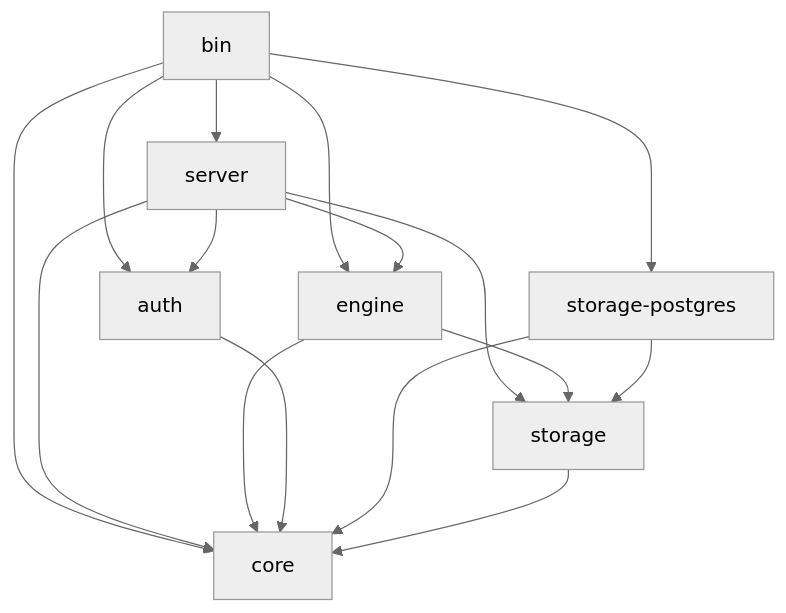
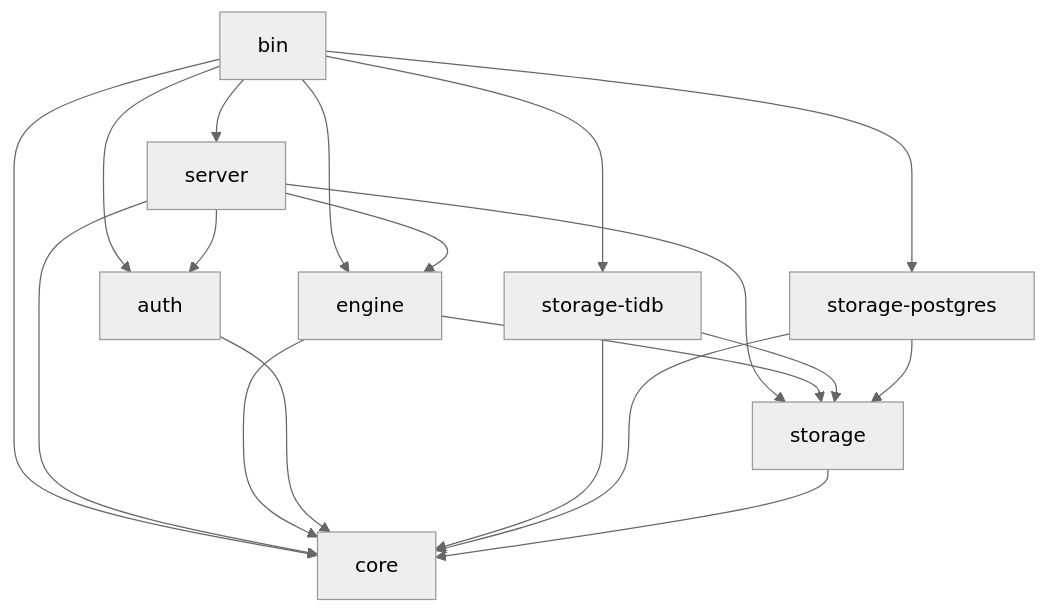
Before and after one commit to ExtendDB/extenddb: the first of 2 diagrams in docs/design/02-high-level-design.md, drawn with Mermaid (neutral theme). The commit also changed other lines of this file and 10 other files, not shown here.

Commit message:
docs: align architecture guidance with TiDB default

````diff
--- a/docs/design/02-high-level-design.md
+++ b/docs/design/02-high-level-design.md
@@ -141,23 +139,26 @@
 ```mermaid
 graph TD
     BIN[bin] --> SERVER[server]
+    BIN --> STORAGE_TIDB[storage-tidb]
     BIN --> STORAGE_PG[storage-postgres]
     BIN --> AUTH[auth]
     BIN --> ENGINE[engine]
     BIN --> CORE[core]
 
     SERVER --> ENGINE
     SERVER --> CORE
     SERVER --> AUTH
     SERVER --> STORAGE[storage]
 
     ENGINE --> CORE
     ENGINE --> STORAGE
 
     AUTH --> CORE
 
+    STORAGE_TIDB --> STORAGE
+    STORAGE_TIDB --> CORE
     STORAGE_PG --> STORAGE
     STORAGE_PG --> CORE
 
     STORAGE --> CORE
 ```
````
